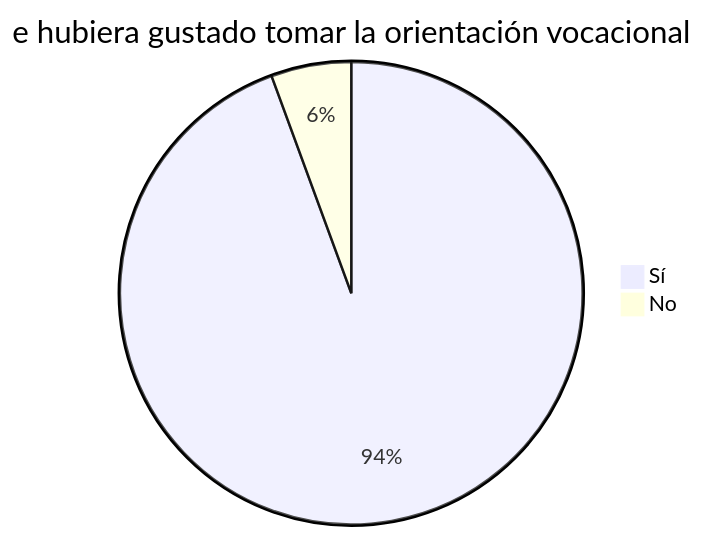
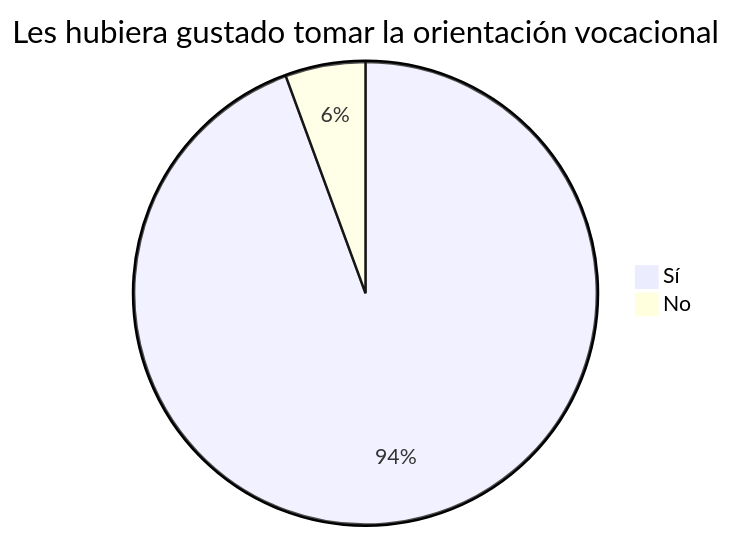
The seventh of 7 diagrams in docs/propuestas/pps.md (conecta-clanes/my-website), drawn with Mermaid before and after one commit. The commit also changed other lines of this file, not shown here.

Commit message:
AZC-007 fix grafica estudio
AZC-007 fix grafica estudio

````diff
--- a/docs/propuestas/pps.md
+++ b/docs/propuestas/pps.md
@@ -95,5 +95,5 @@
 ```mermaid
-pie title e hubiera gustado tomar la orientación vocacional
+pie title Les hubiera gustado tomar la orientación vocacional
 "Sí" :  94.4
 "No" : 5.6
 ```
````
